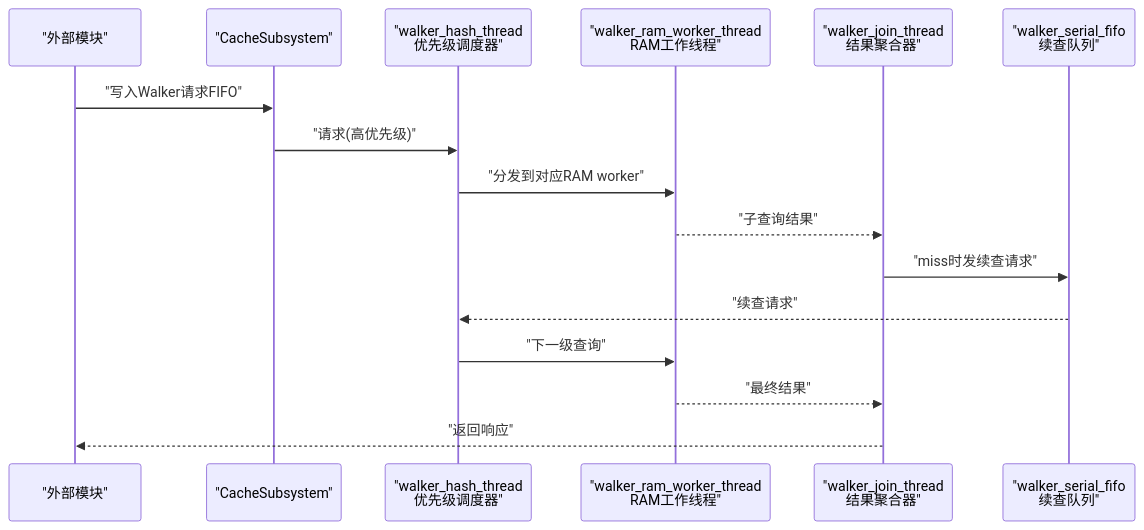
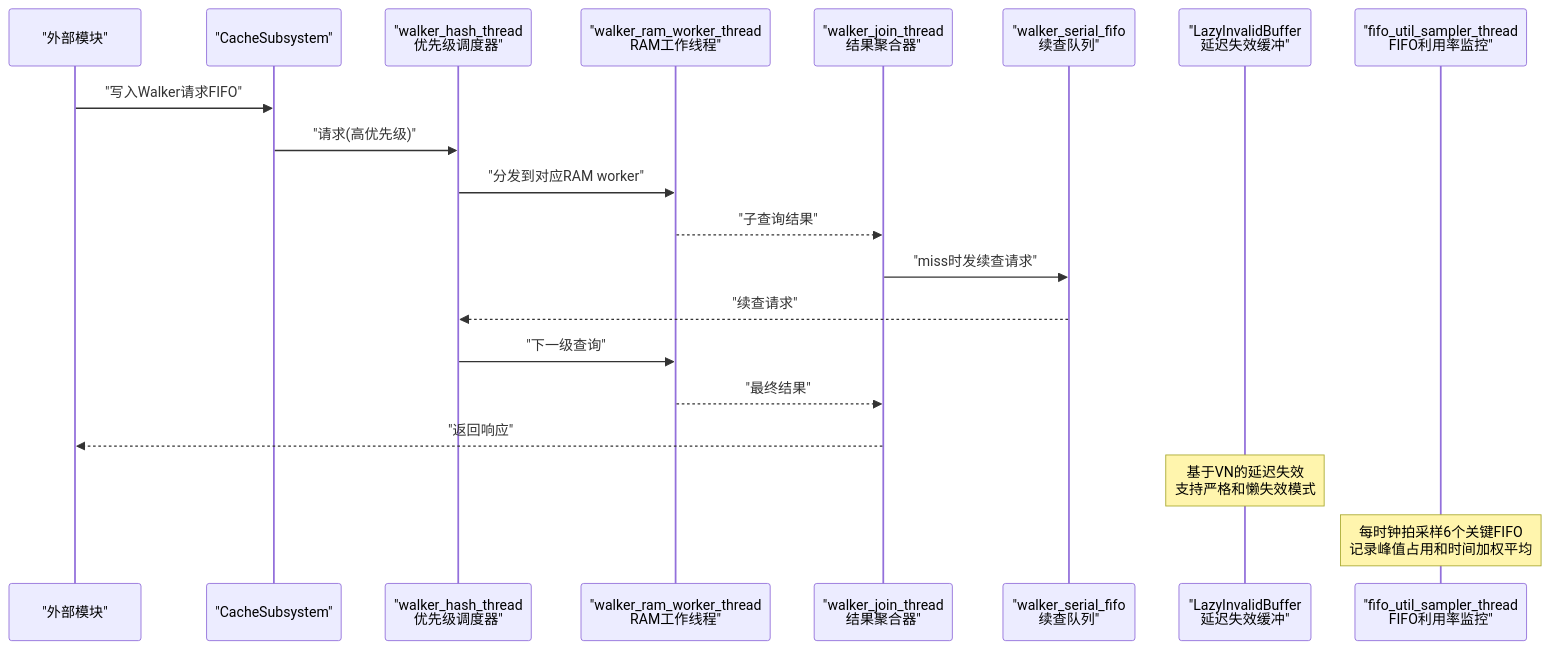
One commit to jiangjiang1122/iommu_model_20260401_v1 changed the second of 14 diagrams in .qoder/repowiki/zh/content/缓存系统/缓存子系统概览.md. Above: the diagram before and after it, drawn with Mermaid. The commit also changed other lines of this file and 55 other files, not shown here.

````diff
--- a/.qoder/repowiki/zh/content/缓存系统/缓存子系统概览.md
+++ b/.qoder/repowiki/zh/content/缓存系统/缓存子系统概览.md
@@ -129,18 +144,22 @@
 ```mermaid
 sequenceDiagram
 participant Ext as "外部模块"
 participant CS as "CacheSubsystem"
 participant Walker_Hash as "walker_hash_thread<br/>优先级调度器"
 participant Walker_RAM as "walker_ram_worker_thread<br/>RAM工作线程"
 participant Walker_Join as "walker_join_thread<br/>结果聚合器"
 participant Serial_FIFO as "walker_serial_fifo<br/>续查队列"
+participant LIB as "LazyInvalidBuffer<br/>延迟失效缓冲"
+participant Fifo_Monitor as "fifo_util_sampler_thread<br/>FIFO利用率监控"
 Ext->>CS : "写入Walker请求FIFO"
 CS->>Walker_Hash : "请求(高优先级)"
 Walker_Hash->>Walker_RAM : "分发到对应RAM worker"
 Walker_RAM-->>Walker_Join : "子查询结果"
 Walker_Join->>Serial_FIFO : "miss时发续查请求"
 Serial_FIFO-->>Walker_Hash : "续查请求"
 Walker_Hash->>Walker_RAM : "下一级查询"
 Walker_RAM-->>Walker_Join : "最终结果"
 Walker_Join-->>Ext : "返回响应"
+Note over LIB : 基于VN的延迟失效<br/>支持严格和懒失效模式
+Note over Fifo_Monitor : 每时钟拍采样6个关键FIFO<br/>记录峰值占用和时间加权平均
 ```
````
